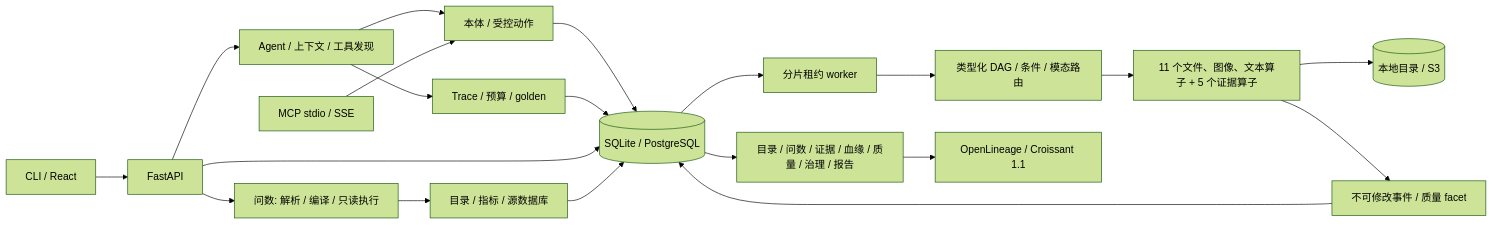
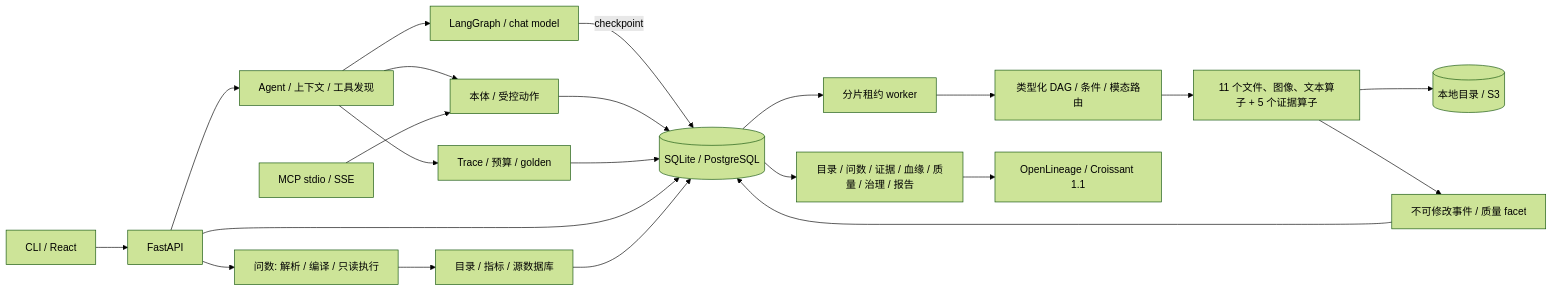
Before and after one commit to chaw1/datakeel: the diagram in README.zh.md, drawn with Mermaid (forest theme). The commit also changed other lines of this file and 4 other files, not shown here.

Commit message:
docs(agent): 说明图运行边界与签批恢复约束

````diff
--- a/README.zh.md
+++ b/README.zh.md
@@ -154,22 +156,24 @@
 ```mermaid
 flowchart LR
   UI[CLI / React] --> API[FastAPI]
   API --> Agent[Agent / 上下文 / 工具发现]
+  Agent --> Runtime[LangGraph / chat model]
+  Runtime -->|checkpoint| DB
   Agent --> Actions[本体 / 受控动作]
   MCP[MCP stdio / SSE] --> Actions
   Actions --> DB
   Agent --> Harness[Trace / 预算 / golden]
   Harness --> DB
   API --> DB[(SQLite / PostgreSQL)]
   DB --> Worker[分片租约 worker]
   Worker --> DAG[类型化 DAG / 条件 / 模态路由]
   DAG --> Ops[11 个文件、图像、文本算子 + 5 个证据算子]
   Ops --> Objects[(本地目录 / S3)]
   Ops --> Events[不可修改事件 / 质量 facet]
   Events --> DB
   API --> Ask[问数: 解析 / 编译 / 只读执行]
   Ask --> Catalog[目录 / 指标 / 源数据库]
   Catalog --> DB
   DB --> Views[目录 / 问数 / 证据 / 血缘 / 质量 / 治理 / 报告]
   Views --> Export[OpenLineage / Croissant 1.1]
 ```
````
